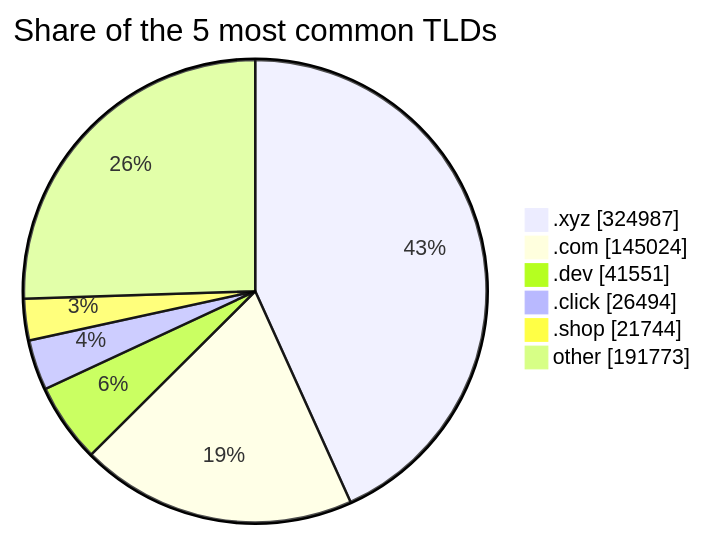
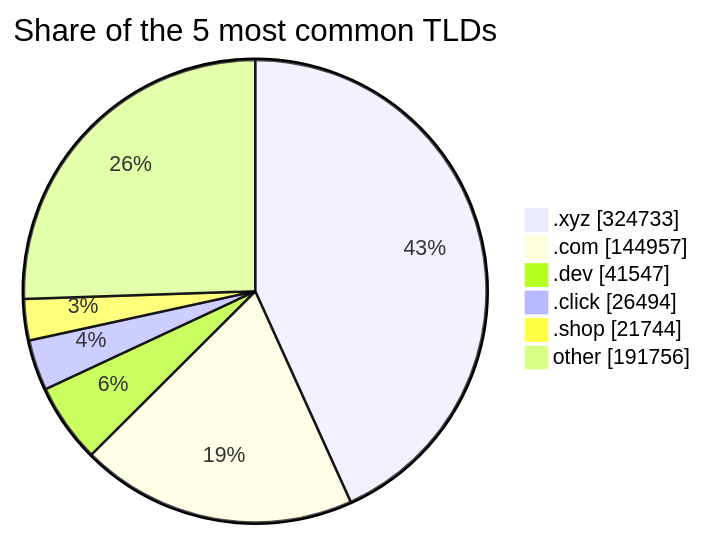
One commit to DNSBunker/CTI changed the third of 3 diagrams in README.md. Above: the diagram before and after it, drawn with Mermaid. The commit also changed other lines of this file and 3 other files, not shown here.

````diff
--- a/README.md
+++ b/README.md
@@ -81,9 +81,9 @@
 ```mermaid
 pie showData title Share of the 5 most common TLDs
-    ".xyz" : 324987
-    ".com" : 145024
-    ".dev" : 41551
+    ".xyz" : 324733
+    ".com" : 144957
+    ".dev" : 41547
     ".click" : 26494
     ".shop" : 21744
-    "other" : 191773
+    "other" : 191756
 ```
````
